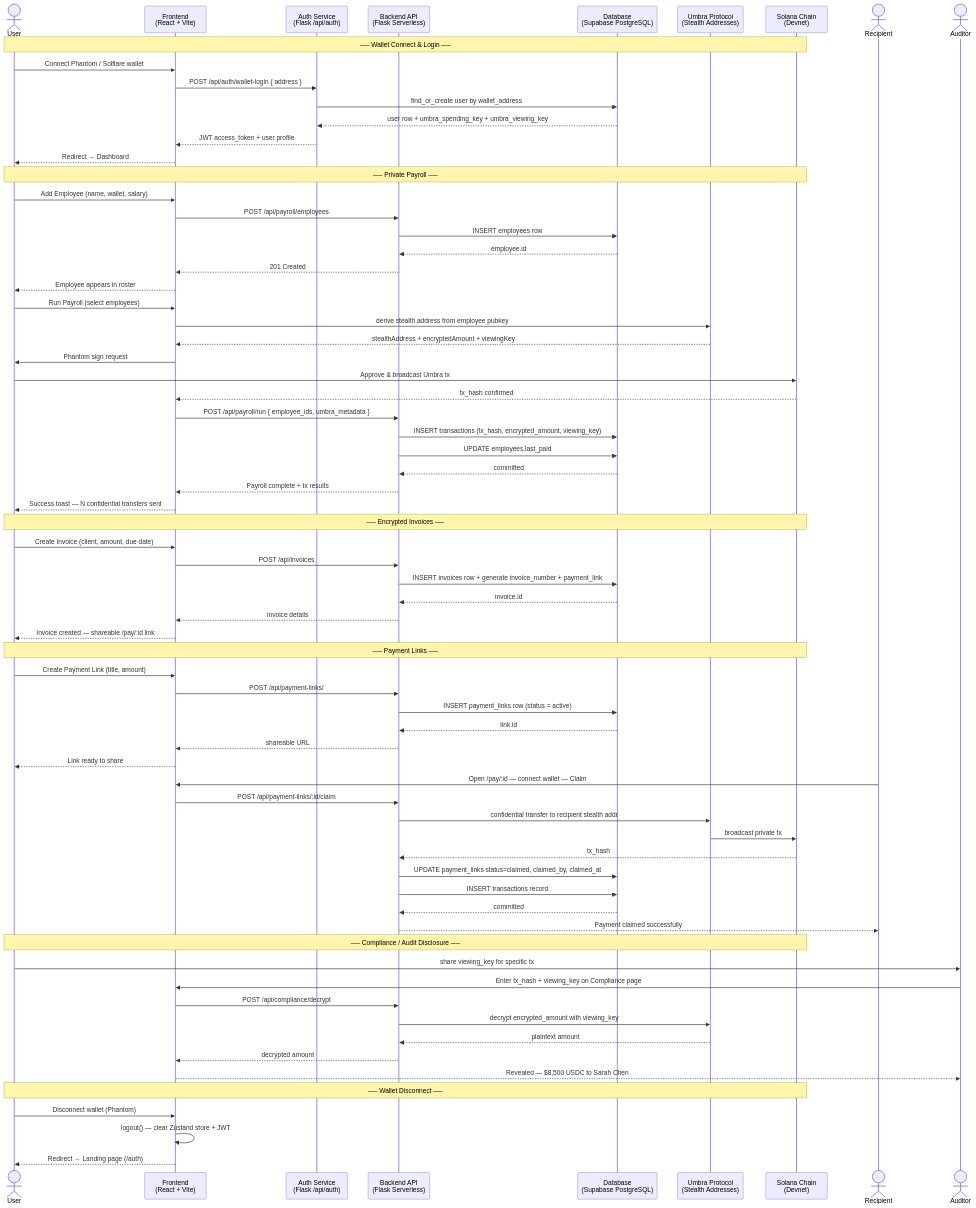
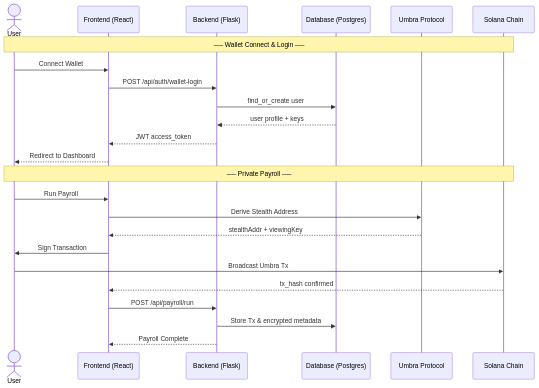
Before and after one commit to sunkireddy-Barath/StealthPay: the second of 4 diagrams in README.md, drawn with Mermaid. The commit also changed other lines of this file, not shown here.

````diff
--- a/README.md
+++ b/README.md
@@ -79,87 +67,28 @@
 ```mermaid
 sequenceDiagram
     actor User
-    participant Frontend as Frontend<br/>(React + Vite)
-    participant Auth as Auth Service<br/>(Flask /api/auth)
-    participant Backend as Backend API<br/>(Flask Serverless)
-    participant DB as Database<br/>(Supabase PostgreSQL)
-    participant Umbra as Umbra Protocol<br/>(Stealth Addresses)
-    participant Chain as Solana Chain<br/>(Devnet)
+    participant Frontend as Frontend (React)
+    participant Backend as Backend (Flask)
+    participant DB as Database (Postgres)
+    participant Umbra as Umbra Protocol
+    participant Chain as Solana Chain
 
     Note over User,Chain: ── Wallet Connect & Login ──
-
-    User->>Frontend: Connect Phantom / Solflare wallet
-    Frontend->>Auth: POST /api/auth/wallet-login { address }
-    Auth->>DB: find_or_create user by wallet_address
-    DB-->>Auth: user row + umbra_spending_key + umbra_viewing_key
-    Auth-->>Frontend: JWT access_token + user profile
-    Frontend-->>User: Redirect → Dashboard
+    User->>Frontend: Connect Wallet
+    Frontend->>Backend: POST /api/auth/wallet-login
+    Backend->>DB: find_or_create user
+    DB-->>Backend: user profile + keys
+    Backend-->>Frontend: JWT access_token
+    Frontend-->>User: Redirect to Dashboard
 
     Note over User,Chain: ── Private Payroll ──
-
-    User->>Frontend: Add Employee (name, wallet, salary)
-    Frontend->>Backend: POST /api/payroll/employees
-    Backend->>DB: INSERT employees row
-    DB-->>Backend: employee.id
-    Backend-->>Frontend: 201 Created
-    Frontend-->>User: Employee appears in roster
-
-    User->>Frontend: Run Payroll (select employees)
-    Frontend->>Umbra: derive stealth address from employee pubkey
-    Umbra-->>Frontend: stealthAddress + encryptedAmount + viewingKey
-    Frontend->>User: Phantom sign request
-    User->>Chain: Approve & broadcast Umbra tx
+    User->>Frontend: Run Payroll
+    Frontend->>Umbra: Derive Stealth Address
+    Umbra-->>Frontend: stealthAddr + viewingKey
+    Frontend->>User: Sign Transaction
+    User->>Chain: Broadcast Umbra Tx
     Chain-->>Frontend: tx_hash confirmed
-    Frontend->>Backend: POST /api/payroll/run { employee_ids, umbra_metadata }
-    Backend->>DB: INSERT transactions (tx_hash, encrypted_amount, viewing_key)
-    Backend->>DB: UPDATE employees.last_paid
-    DB-->>Backend: committed
-    Backend-->>Frontend: Payroll complete + tx results
-    Frontend-->>User: Success toast — N confidential transfers sent
-
-    Note over User,Chain: ── Encrypted Invoices ──
-
-    User->>Frontend: Create Invoice (client, amount, due date)
-    Frontend->>Backend: POST /api/invoices
-    Backend->>DB: INSERT invoices row + generate invoice_number + payment_link
-    DB-->>Backend: invoice.id
-    Backend-->>Frontend: invoice details
-    Frontend-->>User: Invoice created — shareable /pay/:id link
-
-    Note over User,Chain: ── Payment Links ──
-
-    User->>Frontend: Create Payment Link (title, amount)
-    Frontend->>Backend: POST /api/payment-links/
-    Backend->>DB: INSERT payment_links row (status = active)
-    DB-->>Backend: link.id
-    Backend-->>Frontend: shareable URL
-    Frontend-->>User: Link ready to share
-
-    actor Recipient
-    Recipient->>Frontend: Open /pay/:id — connect wallet — Claim
-    Frontend->>Backend: POST /api/payment-links/:id/claim
-    Backend->>Umbra: confidential transfer to recipient stealth addr
-    Umbra->>Chain: broadcast private tx
-    Chain-->>Backend: tx_hash
-    Backend->>DB: UPDATE payment_links status=claimed, claimed_by, claimed_at
-    Backend->>DB: INSERT transactions record
-    DB-->>Backend: committed
-    Backend-->>Recipient: Payment claimed successfully
-
-    Note over User,Chain: ── Compliance / Audit Disclosure ──
-
-    actor Auditor
-    User->>Auditor: share viewing_key for specific tx
-    Auditor->>Frontend: Enter tx_hash + viewing_key on Compliance page
-    Frontend->>Backend: POST /api/compliance/decrypt
-    Backend->>Umbra: decrypt encrypted_amount with viewing_key
-    Umbra-->>Backend: plaintext amount
-    Backend-->>Frontend: decrypted amount
-    Frontend-->>Auditor: Revealed — $8,500 USDC to Sarah Chen
-
-    Note over User,Chain: ── Wallet Disconnect ──
-
-    User->>Frontend: Disconnect wallet (Phantom)
-    Frontend->>Frontend: logout() — clear Zustand store + JWT
-    Frontend-->>User: Redirect → Landing page (/auth)
+    Frontend->>Backend: POST /api/payroll/run
+    Backend->>DB: Store Tx & encrypted metadata
+    Backend-->>Frontend: Payroll Complete
 ```
````
